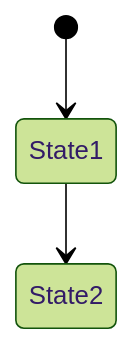
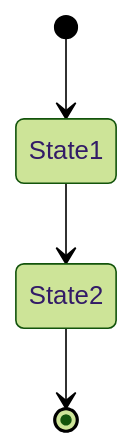
One commit to roblevine/larj-model changed the third of 4 diagrams in ddd-conversation/session-template.md. Above: the diagram before and after it, drawn with Mermaid (forest theme). The commit also changed other lines of this file and 1 other file, not shown here.

Commit message:
refactor(ddd-conversation): restructure for LLM compliance and add skeleton flow

````diff
--- a/ddd-conversation/session-template.md
+++ b/ddd-conversation/session-template.md
@@ -189,5 +238,6 @@
 ```mermaid
 stateDiagram-v2
   [*] --> State1
   State1 --> State2
+  State2 --> [*]
 ```
````
